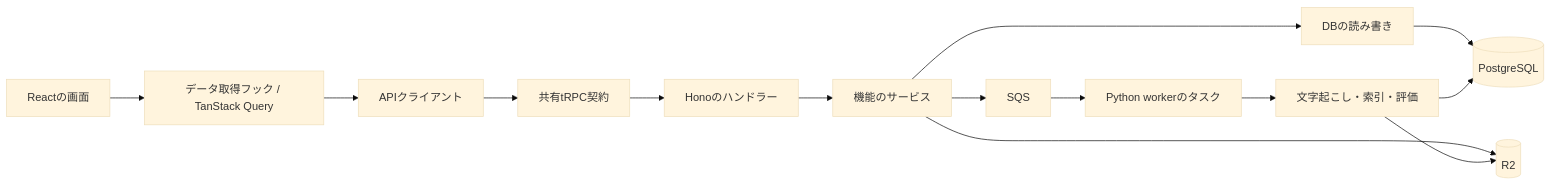
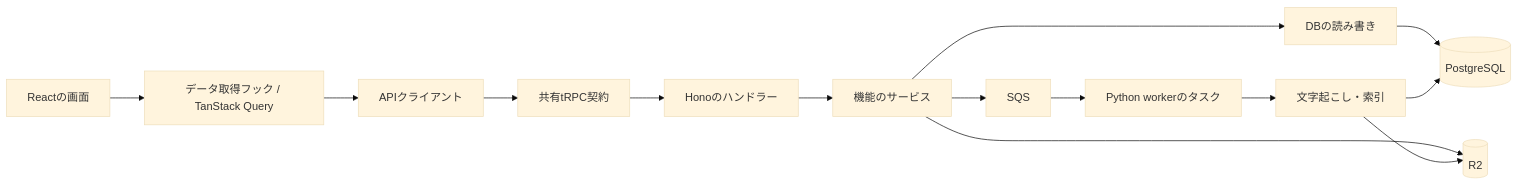
Before and after one commit to yukiharada1228/videoq: the first of 3 diagrams in apps/docs/i18n/ja/docusaurus-plugin-content-docs/current/design/component-diagram.md, drawn with Mermaid (base theme). The commit also changed other lines of this file and 121 other files, not shown here.

````diff
--- a/apps/docs/i18n/ja/docusaurus-plugin-content-docs/current/design/component-diagram.md
+++ b/apps/docs/i18n/ja/docusaurus-plugin-content-docs/current/design/component-diagram.md
@@ -11,16 +11,16 @@
 ```mermaid
 flowchart LR
     UI[Reactの画面] --> Hooks[データ取得フック / TanStack Query]
     Hooks --> Client[APIクライアント]
     Client --> Contract[共有tRPC契約]
     Contract --> Adapter[Honoのハンドラー]
     Adapter --> Services[機能のサービス]
     Services --> Repositories[DBの読み書き]
     Repositories --> DB[(PostgreSQL)]
     Services --> R2[(R2)]
     Services --> SQS[SQS]
     SQS --> Tasks[Python workerのタスク]
-    Tasks --> Pipelines[文字起こし・索引・評価]
+    Tasks --> Pipelines[文字起こし・索引]
     Pipelines --> DB
     Pipelines --> R2
 ```
````
